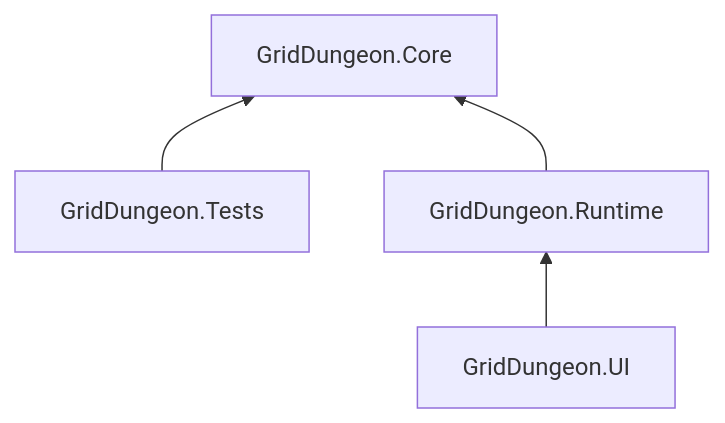
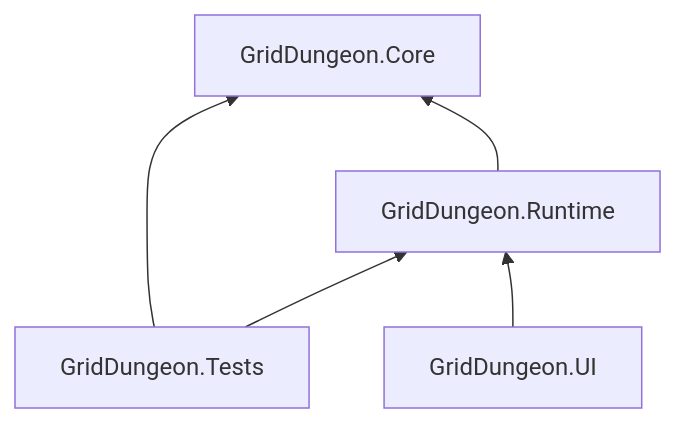
One commit to miramocha/griddungeon-design-docs changed the diagram in docs/05-class-design-mvp1.md. Above: the diagram before and after it, drawn with Mermaid. The commit also changed other lines of this file and 6 other files, not shown here.

````diff
--- a/docs/05-class-design-mvp1.md
+++ b/docs/05-class-design-mvp1.md
@@ -30,10 +30,11 @@
 ```mermaid
 flowchart BT
   T[GridDungeon.Tests]
   UI[GridDungeon.UI]
   R[GridDungeon.Runtime]
   C[GridDungeon.Core]
   T --> C
+  T --> R
   UI --> R
   R --> C
 ```
````
